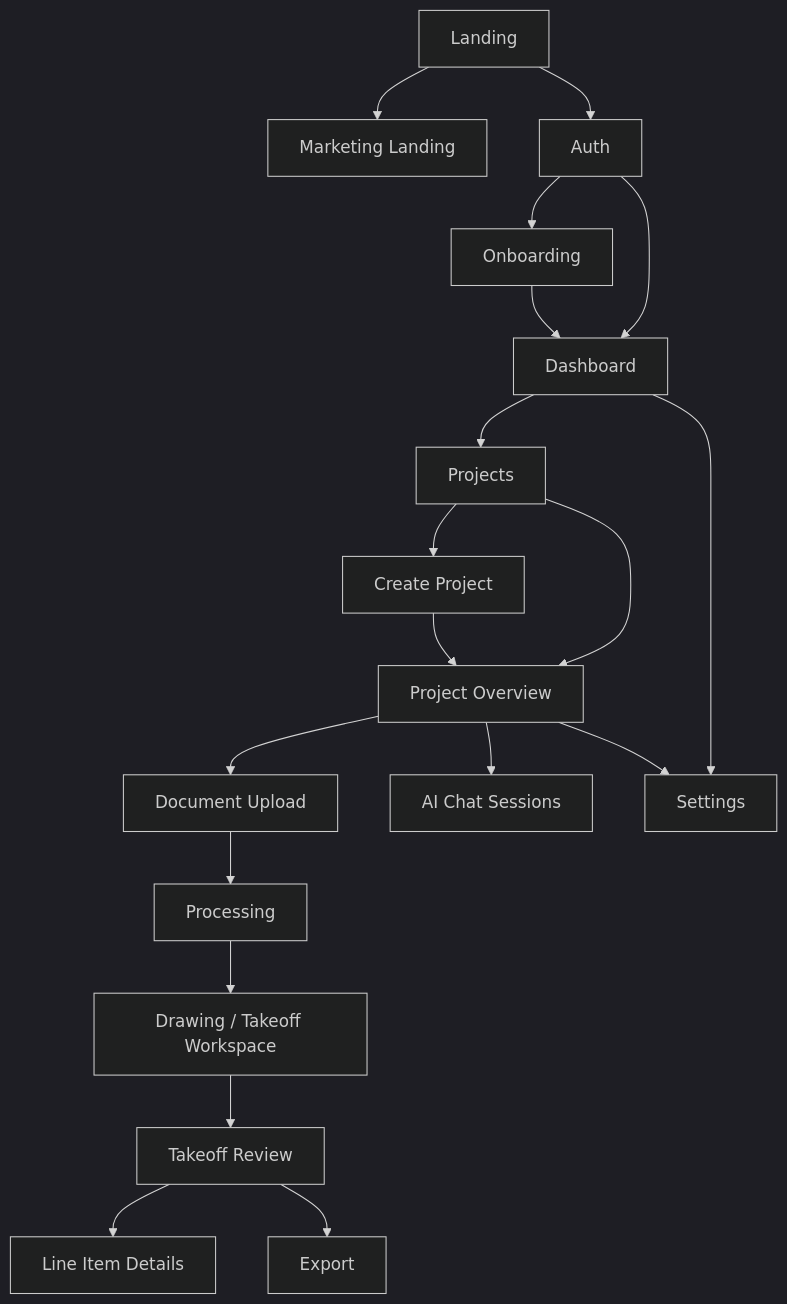
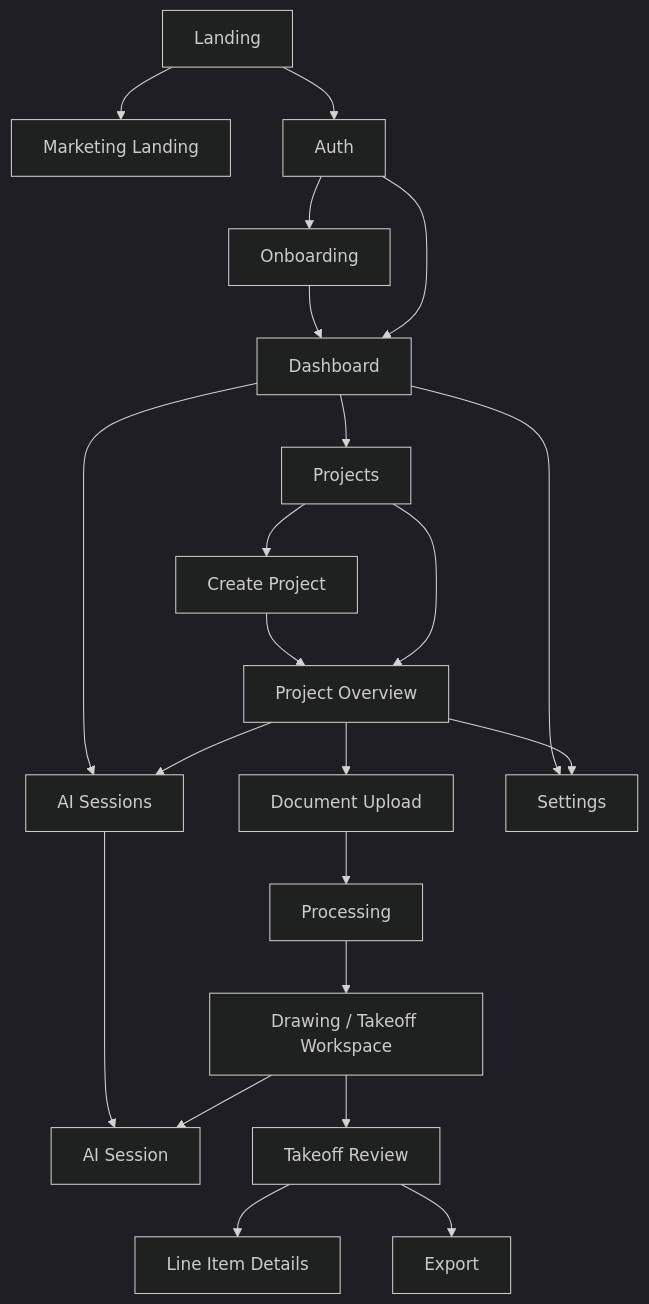
The diagram in docs/01_PRODUCT/APP_FLOW.md (HardikBhaskar2010/Vectoris), drawn with Mermaid (dark theme) before and after one commit. The commit also changed other lines of this file and 1829 other files, not shown here.

````diff
--- a/docs/01_PRODUCT/APP_FLOW.md
+++ b/docs/01_PRODUCT/APP_FLOW.md
@@ -11,21 +11,24 @@
 ```mermaid
 flowchart TD
     Landing --> MarketingLanding[Marketing Landing]
     Landing --> Auth
     Auth --> Onboarding
     Onboarding --> Dashboard
     Auth --> Dashboard
     Dashboard --> Projects
+    Dashboard --> Sessions[AI Sessions]
     Projects --> CreateProject[Create Project]
     CreateProject --> ProjectOverview[Project Overview]
     Projects --> ProjectOverview
+    Sessions --> SessionDetail[AI Session]
+    ProjectOverview --> Sessions
     ProjectOverview --> DocumentUpload[Document Upload]
     DocumentUpload --> Processing
     Processing --> DrawingViewer[Drawing / Takeoff Workspace]
     DrawingViewer --> TakeoffReview[Takeoff Review]
     TakeoffReview --> LineItemDetails[Line Item Details]
     TakeoffReview --> Export
-    ProjectOverview --> Sessions[AI Chat Sessions]
+    DrawingViewer --> SessionDetail
     Dashboard --> Settings
     ProjectOverview --> Settings
 ```
````
